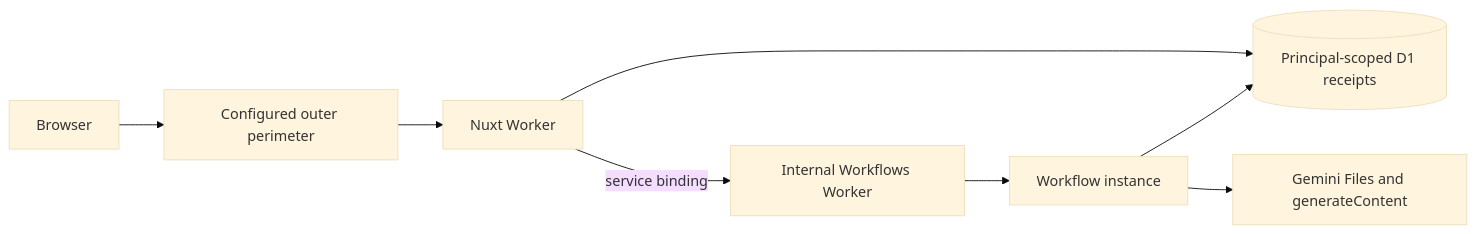
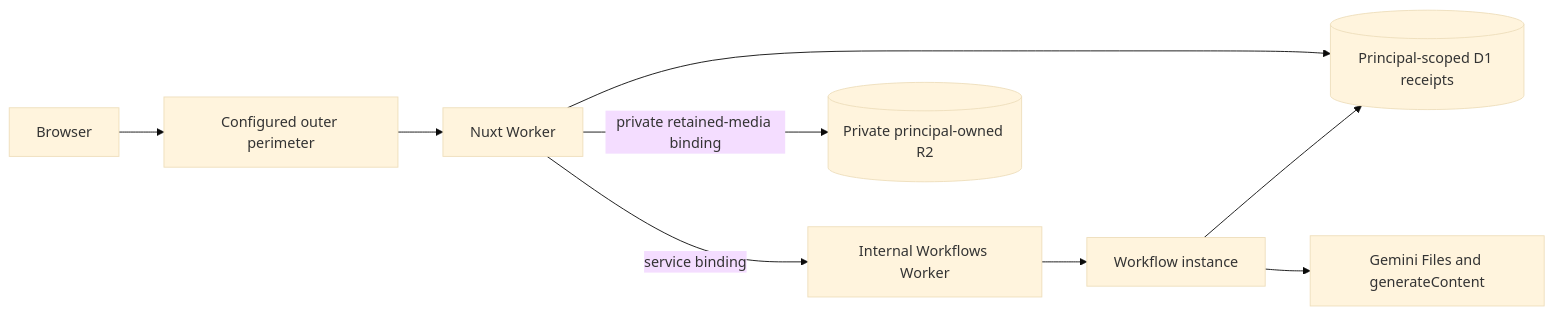
The seventh of 9 diagrams in docs/ARCHITECTURE.md (jchu96/frame-of-mind), drawn with Mermaid (base theme) before and after one commit. The commit also changed other lines of this file and 9 other files, not shown here.

````diff
--- a/docs/ARCHITECTURE.md
+++ b/docs/ARCHITECTURE.md
@@ -732,16 +731,18 @@
 ```mermaid
 flowchart LR
     Browser[Browser]
     Access[Configured outer perimeter]
     Nuxt[Nuxt Worker]
     WorkflowService[Internal Workflows Worker]
     Workflow[Workflow instance]
     Gemini[Gemini Files and generateContent]
     D1[(Principal-scoped D1 receipts)]
+    R2[(Private principal-owned R2)]
 
     Browser --> Access --> Nuxt
     Nuxt -->|service binding| WorkflowService --> Workflow
     Nuxt --> D1
+    Nuxt -->|private retained-media binding| R2
     Workflow --> D1
     Workflow --> Gemini
 ```
````
